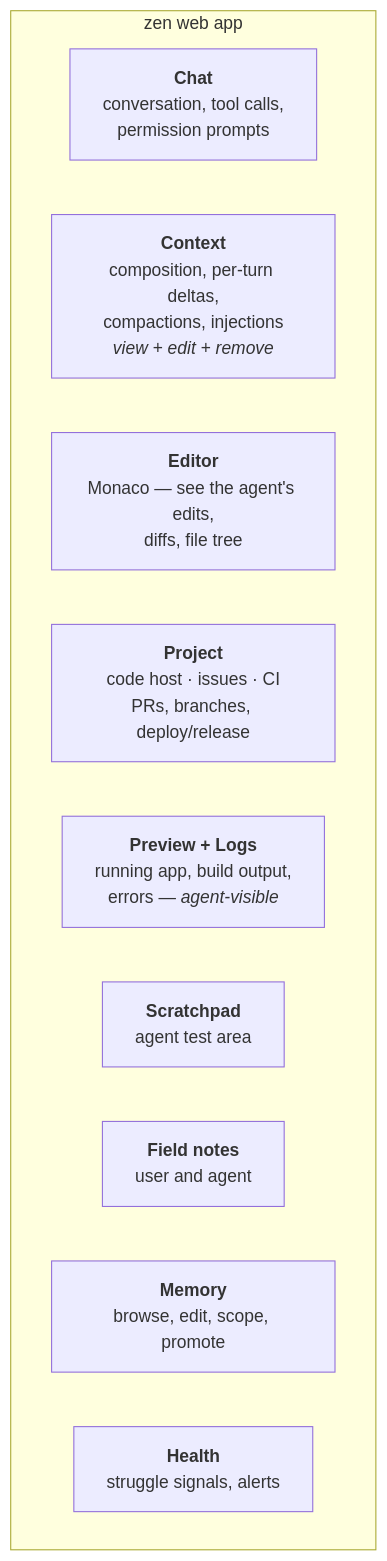
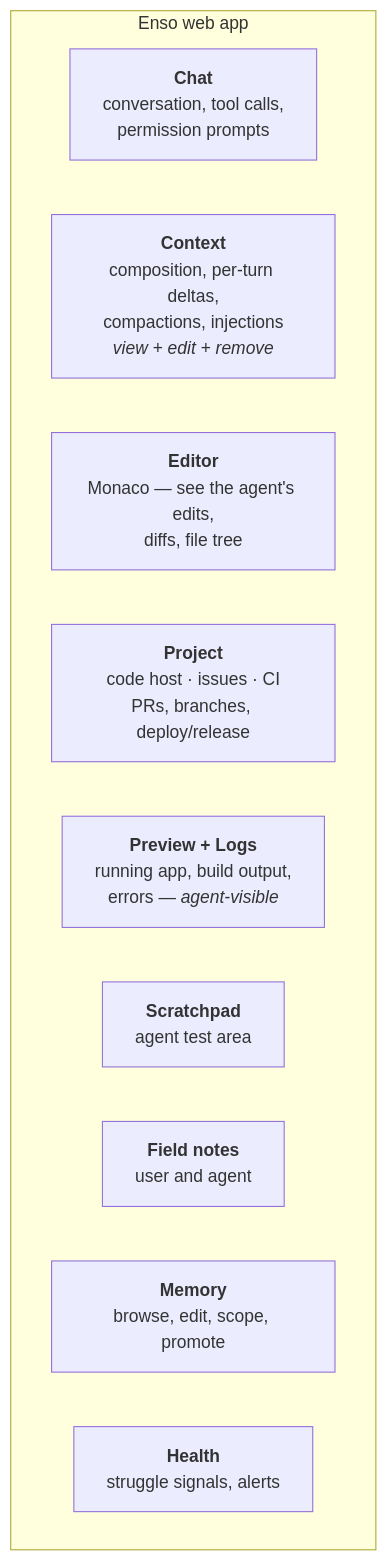
Before and after one commit to dopamine911/enso-harness: the fourth of 6 diagrams in docs/architecture.md, drawn with Mermaid. The commit also changed other lines of this file and 221 other files, not shown here.

First line of the commit message:
zen-harness is Enso

````diff
--- a/docs/architecture.md
+++ b/docs/architecture.md
@@ -295,14 +295,14 @@
 ```mermaid
 graph TB
-  subgraph web["zen web app"]
+  subgraph web["Enso web app"]
     CHAT["<b>Chat</b><br/>conversation, tool calls,<br/>permission prompts"]
     CTX["<b>Context</b><br/>composition, per-turn deltas,<br/>compactions, injections<br/><i>view + edit + remove</i>"]
     IDE["<b>Editor</b><br/>Monaco — see the agent's edits,<br/>diffs, file tree"]
     PM["<b>Project</b><br/>code host · issues · CI<br/>PRs, branches, deploy/release"]
     PRE["<b>Preview + Logs</b><br/>running app, build output,<br/>errors — <i>agent-visible</i>"]
     SCR["<b>Scratchpad</b><br/>agent test area"]
     FN["<b>Field notes</b><br/>user and agent"]
     MEM["<b>Memory</b><br/>browse, edit, scope, promote"]
     HL["<b>Health</b><br/>struggle signals, alerts"]
   end
 ```
````
